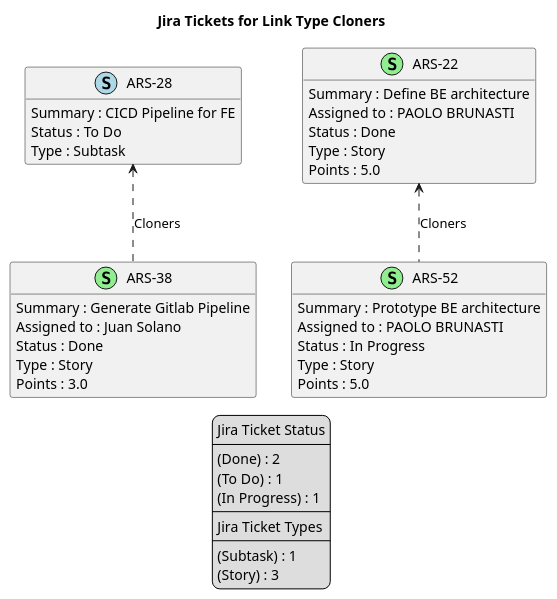
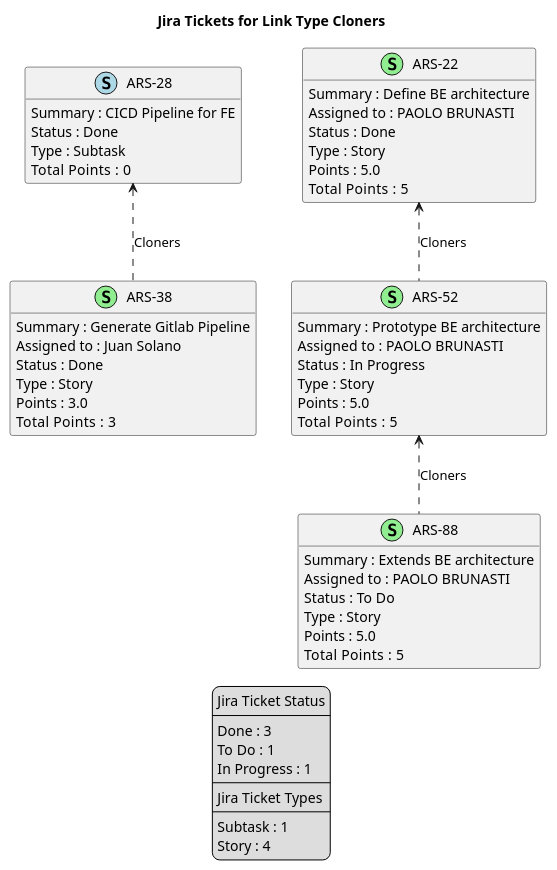
Before and after one commit to brunasti/jiraplotter: the diagram in docs/nexus/jira-LinkType-Cloners.puml, drawn with PlantUML. The commit also changed 22 other files, not shown here.

Commit message:
Computes total points in hierarchy

```diff
--- a/docs/nexus/jira-LinkType-Cloners.puml
+++ b/docs/nexus/jira-LinkType-Cloners.puml
@@ -1,64 +1,79 @@
 @startuml
 'https://plantuml.com/class-diagram
 
 ' GENERATE CLASS DIAGRAM ===========
-' Generated at    : Tue May 14 15:35:46 CEST 2024
+' Generated at    : Thu May 16 15:52:42 CEST 2024
 
 title Jira Tickets for Link Type Cloners
 hide empty members
 
 legend
 Jira Ticket Status
 ----
-(Done) : 2
-(To Do) : 1
-(In Progress) : 1
+Done : 3
+To Do : 1
+In Progress : 1
 ----
 Jira Ticket Types
 ----
-(Subtask) : 1
-(Story) : 3
+Subtask : 1
+Story : 4
 end legend
 
 
 ' Tickets =======
 class "ARS-38" << (S,lightgreen) >> {
-  Summary : Generate Gitlab Pipeline
-  Assigned to : Juan Solano
-  Status : Done
-  Type : Story
-  Points : 3.0
+ Summary : Generate Gitlab Pipeline
+ Assigned to : Juan Solano
+ Status : Done
+ Type : Story
+ Points : 3.0
+Total  Points : 3
 }
 
 class "ARS-28" << (S,lightblue) >> {
-  Summary : CICD Pipeline for FE
-  Status : To Do
-  Type : Subtask
+ Summary : CICD Pipeline for FE
+ Status : Done
+ Type : Subtask
+Total  Points : 0
 }
 
 class "ARS-52" << (S,lightgreen) >> {
-  Summary : Prototype BE architecture
-  Assigned to : PAOLO BRUNASTI
-  Status : In Progress
-  Type : Story
-  Points : 5.0
+ Summary : Prototype BE architecture
+ Assigned to : PAOLO BRUNASTI
+ Status : In Progress
+ Type : Story
+ Points : 5.0
+Total  Points : 5
+}
+
+class "ARS-88" << (S,lightgreen) >> {
+ Summary : Extends BE architecture
+ Assigned to : PAOLO BRUNASTI
+ Status : To Do
+ Type : Story
+ Points : 5.0
+Total  Points : 5
 }
 
 class "ARS-22" << (S,lightgreen) >> {
-  Summary : Define BE architecture
-  Assigned to : PAOLO BRUNASTI
-  Status : Done
-  Type : Story
-  Points : 5.0
+ Summary : Define BE architecture
+ Assigned to : PAOLO BRUNASTI
+ Status : Done
+ Type : Story
+ Points : 5.0
+Total  Points : 5
 }
 
 
 
 ' Links =======
+"ARS-52" <.. "ARS-88" : Cloners
+
 "ARS-28" <.. "ARS-38" : Cloners
 
 "ARS-22" <.. "ARS-52" : Cloners
 
 
 
 @enduml
```
